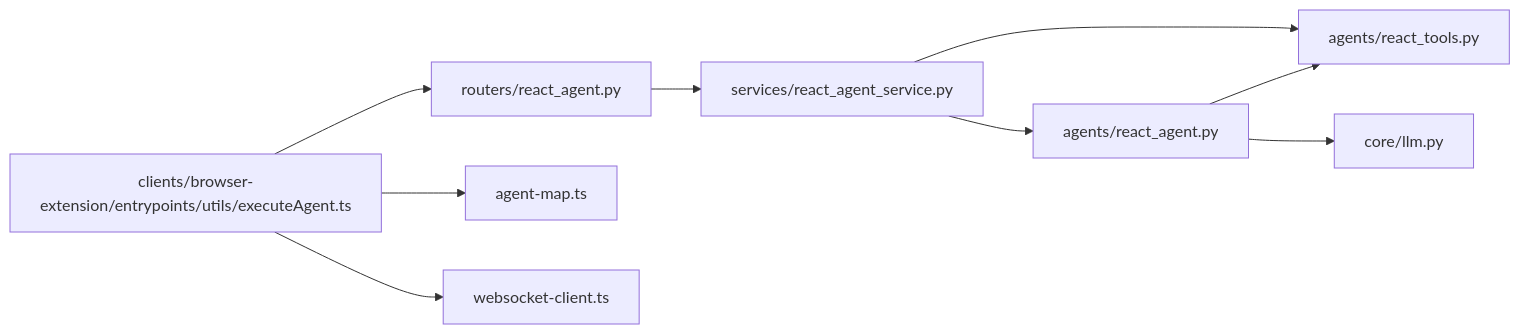
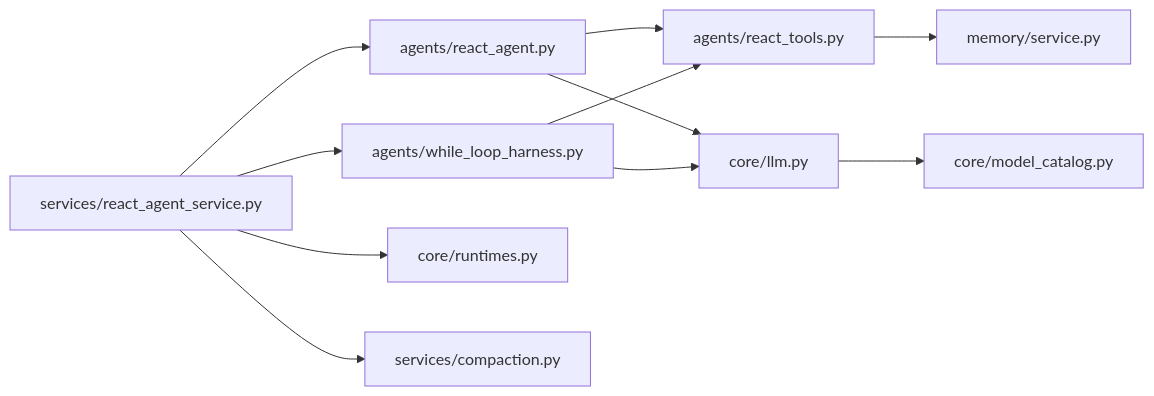
The third of 3 diagrams in src/data/docs/agentic-browser/AI Agent System/AI Agent System.md (tashifkhan/tashif.codes), drawn with Mermaid before and after one commit. The commit also changed other lines of this file and 114 other files, not shown here.

````diff
--- a/src/data/docs/agentic-browser/AI Agent System/AI Agent System.md
+++ b/src/data/docs/agentic-browser/AI Agent System/AI Agent System.md
@@ -311,11 +116,13 @@
 ```mermaid
 graph LR
-RA["agents/react_agent.py"] --> RT["agents/react_tools.py"]
-RA --> LLM["core/llm.py"]
-SVC["services/react_agent_service.py"] --> RA
-SVC --> RT
-RTR["routers/react_agent.py"] --> SVC
-EXT["clients/browser-extension/entrypoints/utils/executeAgent.ts"] --> RTR
-EXT --> MAP["agent-map.ts"]
-EXT --> WS["websocket-client.ts"]
+  Svc["services/react_agent_service.py"] --> React["agents/react_agent.py"]
+  Svc --> Sup["agents/while_loop_harness.py"]
+  Svc --> Run["core/runtimes.py"]
+  React --> Tools["agents/react_tools.py"]
+  Sup --> Tools
+  React --> LLM["core/llm.py"]
+  Sup --> LLM
+  Tools --> Mem["memory/service.py"]
+  LLM --> Cat["core/model_catalog.py"]
+  Svc --> Comp["services/compaction.py"]
 ```
````
